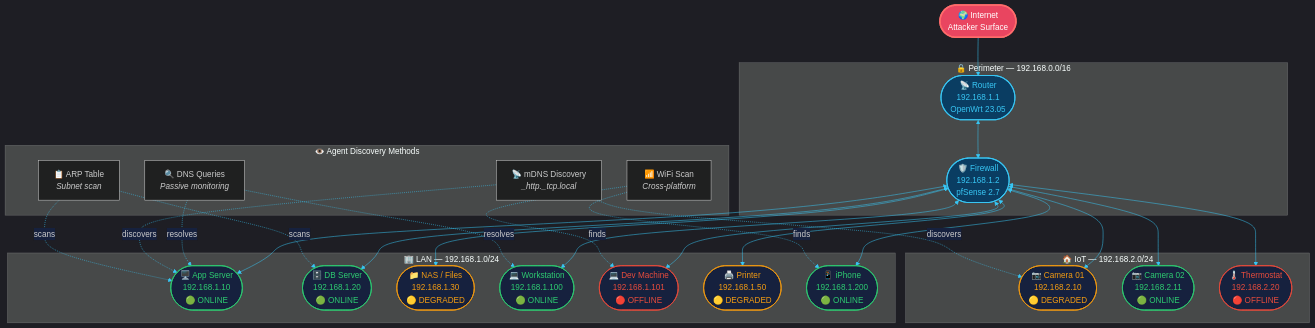
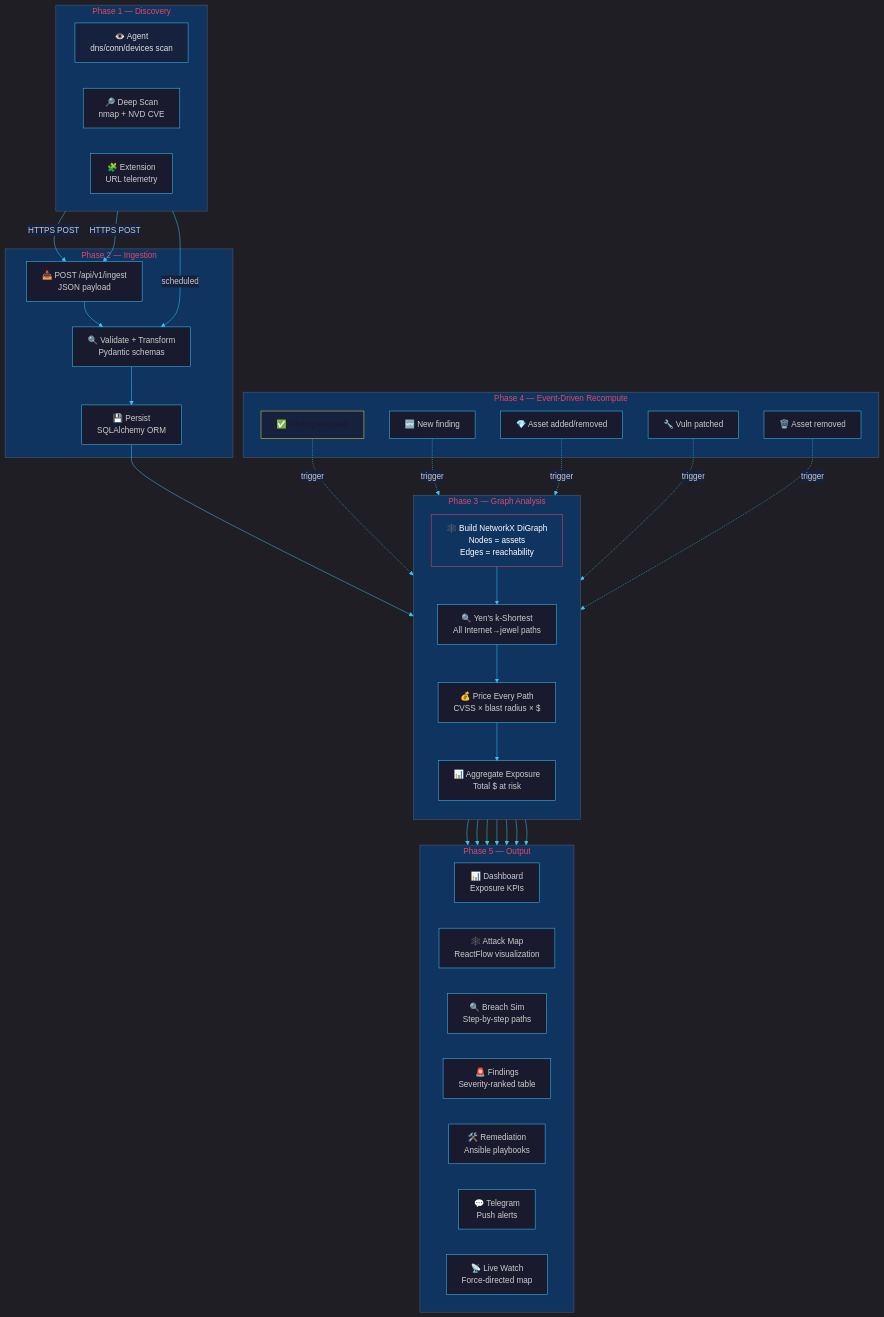
Before and after one commit to soumyachk101/Drishti-Innofusion: the fourth of 14 diagrams in README.md, drawn with Mermaid. The commit also changed other lines of this file, not shown here.

First line of the commit message:
docs: expand README with comprehensive workflows, sequence diagrams, and enhanced docs

````diff
--- a/README.md
+++ b/README.md
@@ -299,51 +280,58 @@
 ```mermaid
-%%{init: {'theme': 'dark', 'themeVariables': { 'primaryColor': '#1a1a2e', 'edgeLabelBackground':'#16213e', 'tertiaryColor': '#0f3460', 'primaryTextColor': '#e0e0e0', 'lineColor': '#38c6f4', 'secondaryColor': '#1a1a2e', 'tertiaryColor': '#0f3460'}}}%%
-graph TB
- classDef internet fill:#e94560,stroke:#ff6b6b,stroke-width:3px,color:#fff,rx:20
- classDef infra fill:#0a3d62,stroke:#38c6f4,stroke-width:2px,color:#38c6f4,rx:12
- classDef device fill:#16213e,stroke:#f4d03f,stroke-width:1.5px,color:#e0e0e0,rx:10
- classDef deviceOnline fill:#16213e,stroke:#2ecc71,stroke-width:1.5px,color:#2ecc71,rx:10
- classDef deviceWarn fill:#16213e,stroke:#f39c12,stroke-width:1.5px,color:#f39c12,rx:10
- classDef deviceOff fill:#16213e,stroke:#e74c3c,stroke-width:1.5px,color:#e74c3c,rx:10
- classDef discovery fill:#0f3460,stroke:#9b59b6,stroke-width:1.5px,color:#9b59b6,rx:10
-
- ATTACK(["🌍 Internet<br/>Attacker Surface"]):::internet
-
- subgraph PERIMETER [🔒 Perimeter — 192.168.0.0/16]
- RTR(["📡 Router<br/>192.168.1.1<br/>OpenWrt 23.05"]):::infra
- FW(["🛡️ Firewall<br/>192.168.1.2<br/>pfSense 2.7"]):::infra
+%%{init: {'theme': 'dark', 'themeVariables': { 'primaryColor': '#1a1a2e', 'primaryTextColor': '#e0e0e0', 'primaryBorderColor': '#38c6f4', 'lineColor': '#38c6f4', 'secondaryColor': '#16213e', 'tertiaryColor': '#0f3460', 'background': '#0a0a1a', 'mainBkg': '#1a1a2e', 'nodeBorder': '#38c6f4', 'clusterBkg': '#0f3460', 'titleColor': '#e94560', 'edgeLabelBackground': '#16213e'}}}%%
+flowchart TD
+ subgraph DISCOVERY ["Phase 1 — Discovery"]
+ direction LR
+ D1["👁️ Agent<br/>dns/conn/devices scan"]
+ D2["🔎 Deep Scan<br/>nmap + NVD CVE"]
+ D3["🧩 Extension<br/>URL telemetry"]
  end
 
- subgraph LAN [🏢 LAN — 192.168.1.0/24]
- SRV1(["🖥️ App Server<br/>192.168.1.10<br/>🟢 ONLINE"]):::deviceOnline
- SRV2(["🗄️ DB Server<br/>192.168.1.20<br/>🟢 ONLINE"]):::deviceOnline
- SRV3(["📁 NAS / Files<br/>192.168.1.30<br/>🟡 DEGRADED"]):::deviceWarn
- WS1(["💻 Workstation<br/>192.168.1.100<br/>🟢 ONLINE"]):::deviceOnline
- WS2(["💻 Dev Machine<br/>192.168.1.101<br/>🔴 OFFLINE"]):::deviceOff
- PRT1(["🖨️ Printer<br/>192.168.1.50<br/>🟡 DEGRADED"]):::deviceWarn
- MOB1(["📱 iPhone<br/>192.168.1.200<br/>🟢 ONLINE"]):::deviceOnline
+ subgraph INGEST ["Phase 2 — Ingestion"]
+ I1["📥 POST /api/v1/ingest<br/>JSON payload"]
+ I2["🔍 Validate + Transform<br/>Pydantic schemas"]
+ I3["💾 Persist<br/>SQLAlchemy ORM"]
  end
 
- subgraph IOT [🏠 IoT — 192.168.2.0/24]
- CAM1(["📷 Camera 01<br/>192.168.2.10<br/>🟡 DEGRADED"]):::deviceWarn
- CAM2(["📷 Camera 02<br/>192.168.2.11<br/>🟢 ONLINE"]):::deviceOnline
- TSTAT(["🌡️ Thermostat<br/>192.168.2.20<br/>🔴 OFFLINE"]):::deviceOff
+ subgraph ANALYSIS ["Phase 3 — Graph Analysis"]
+ direction TB
+ A1["🕸️ Build NetworkX DiGraph<br/>Nodes = assets<br/>Edges = reachability"]
+ A2["🔍 Yen's k-Shortest<br/>All Internet→jewel paths"]
+ A3["💰 Price Every Path<br/>CVSS × blast radius × $"]
+ A4["📊 Aggregate Exposure<br/>Total $ at risk"]
  end
 
- subgraph AGENT_METHODS [👁️ Agent Discovery Methods]
- DNS_M["🔍 DNS Queries<br/><i>Passive monitoring</i>"]
- MDNS_M["📡 mDNS Discovery<br/><i>_http._tcp.local</i>"]
- ARP_M["📋 ARP Table<br/><i>Subnet scan</i>"]
- WIFI_M["📶 WiFi Scan<br/><i>Cross-platform</i>"]
+ subgraph TRIGGER ["Phase 4 — Event-Driven Recompute"]
+ T1["✅ Finding resolved"]
+ T2["🆕 New finding"]
+ T3["💎 Asset added/removed"]
+ T4["🔧 Vuln patched"]
+ T5["🗑️ Asset removed"]
  end
 
- ATTACK --> RTR
- RTR <--> FW
- FW <--> SRV1 & SRV2 & SRV3 & WS1 & WS2 & PRT1 & MOB1
- FW <--> CAM1 & CAM2 & TSTAT
+ subgraph OUTPUT ["Phase 5 — Output"]
+ direction LR
+ O1["📊 Dashboard<br/>Exposure KPIs"]
+ O2["🕸️ Attack Map<br/>ReactFlow visualization"]
+ O3["🔍 Breach Sim<br/>Step-by-step paths"]
+ O4["🚨 Findings<br/>Severity-ranked table"]
+ O5["🛠️ Remediation<br/>Ansible playbooks"]
+ O6["💬 Telegram<br/>Push alerts"]
+ O7["📡 Live Watch<br/>Force-directed map"]
+ end
 
- DNS_M -.->|"resolves"| WS1 & SRV1
- MDNS_M -.->|"discovers"| CAM1 & SRV1
- ARP_M -.->|"scans"| SRV1 & SRV2
- WIFI_M -.->|"finds"| MOB1 & WS2
+ D1 -->|HTTPS POST| I1
+ D2 -->|scheduled| I2
+ D3 -->|HTTPS POST| I1
+
+ I1 --> I2 --> I3
+ I3 --> A1 --> A2 --> A3 --> A4
+
+ T1 & T2 & T3 & T4 & T5 -.->|trigger| A1
+
+ A4 --> O1 & O2 & O3 & O4 & O5 & O6 & O7
+
+ style D1 fill:#16213e,stroke:#38c6f4,color:#e0e0e0
+ style A1 fill:#0f3460,stroke:#e94560,color:#fff
+ style T1 fill:#16213e,stroke:#f4d03f,color:#1a1a2e
 ```
````
